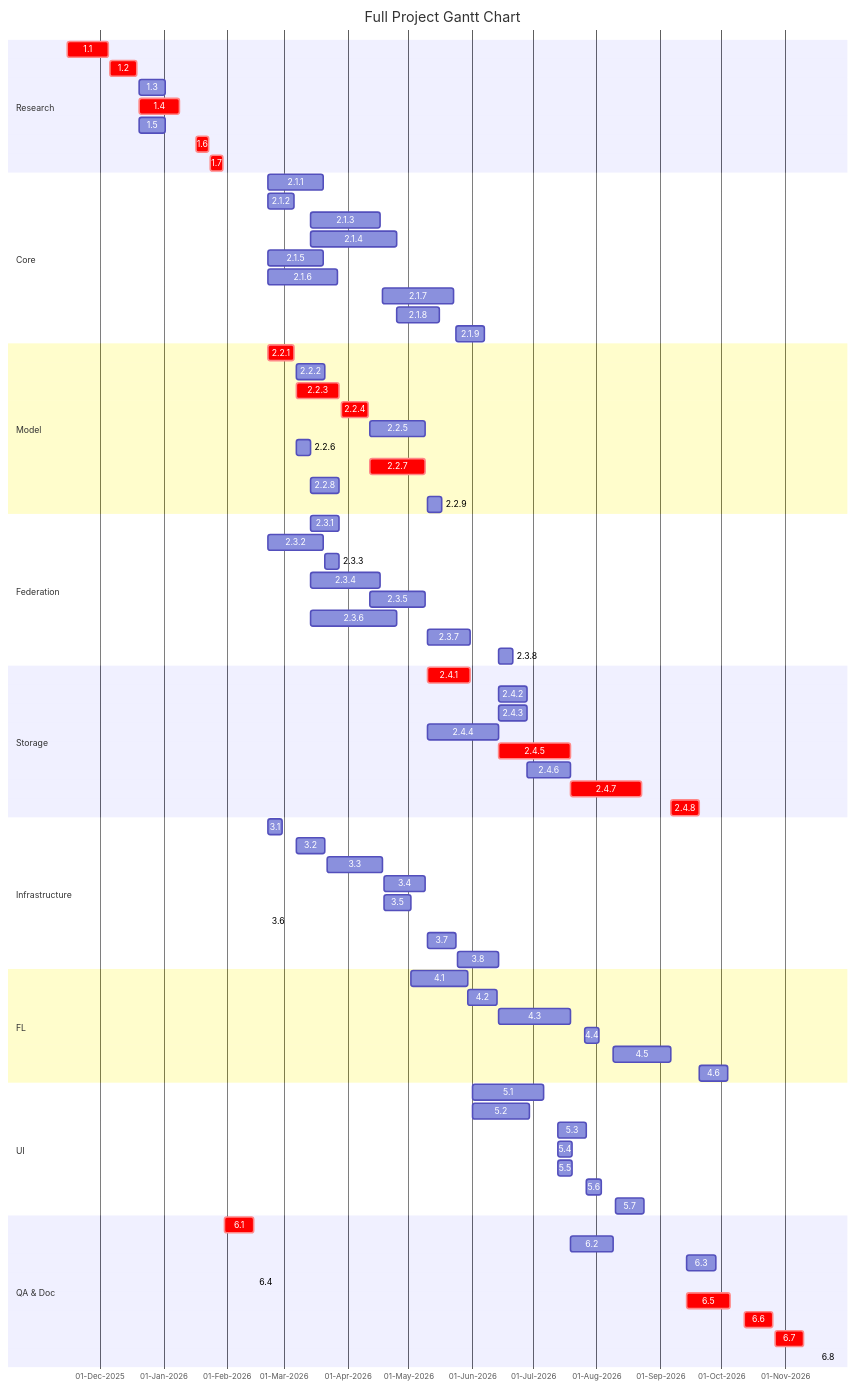
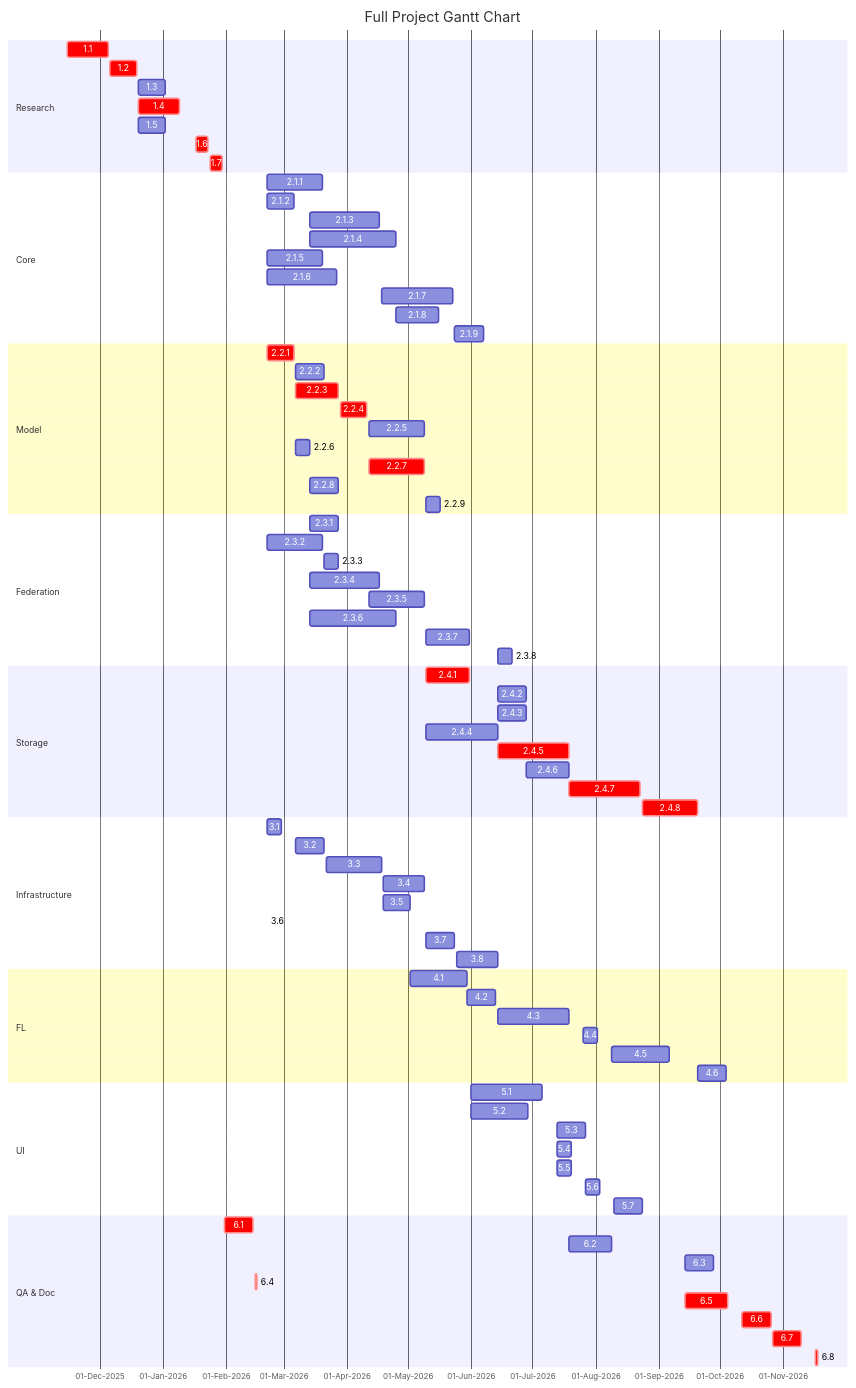
Diagram 11 of 11 in docs/planning.md (Oldranda1414/SP2PFL-ProjectManagement), drawn with Mermaid before and after one commit.

Commit message:
update gantt

````diff
--- a/docs/planning.md
+++ b/docs/planning.md
@@ -1094,7 +1094,7 @@
     2.4.5 :crit, 2026-06-14, 2026-07-19
     2.4.6 :2026-06-28, 2026-07-19
     2.4.7 :crit, 2026-07-19, 2026-08-23
-    2.4.8 :crit, 2026-09-06, 2026-09-20
+    2.4.8 :crit, 2026-08-24, 2026-09-20
 
     section Infrastructure
     3.1 :2026-02-21, 2026-02-28
@@ -1127,9 +1127,9 @@
     6.1 :crit, 2026-01-31, 2026-02-14
     6.2 :2026-07-19, 2026-08-09
     6.3 :2026-09-14, 2026-09-28
-    6.4 :crit, 2026-02-15, 2026-02-15
+    6.4 :crit, 2026-02-15, 2026-02-16
     6.5 :crit, 2026-09-14, 2026-10-05
     6.6 :crit, 2026-10-12, 2026-10-26
     6.7 :crit, 2026-10-27, 2026-11-10
-    6.8 :crit, 2026-11-17, 2026-11-17
+    6.8 :crit, 2026-11-17, 2026-11-18
 ```
````
